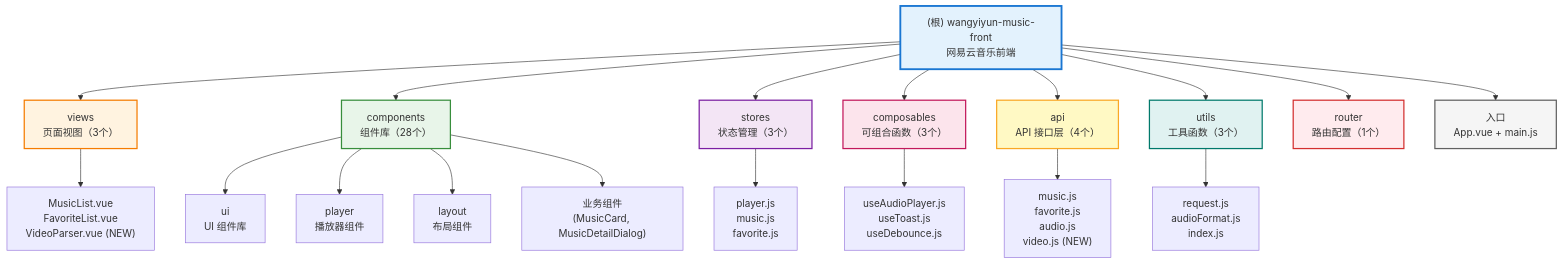
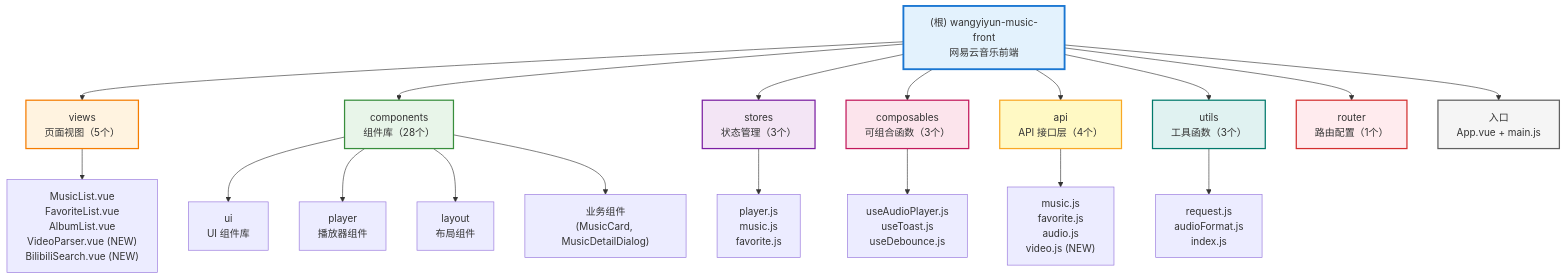
The first of 2 diagrams in CLAUDE.md (naruto055/wangyiyun-music-front), drawn with Mermaid before and after one commit. The commit also changed other lines of this file and 6 other files, not shown here.

````diff
--- a/CLAUDE.md
+++ b/CLAUDE.md
@@ -54,44 +65,44 @@
 ```mermaid
 graph TD
     Root["(根) wangyiyun-music-front<br/>网易云音乐前端"]
 
-    Root --> Views["views<br/>页面视图（3个）"]
+    Root --> Views["views<br/>页面视图（5个）"]
     Root --> Components["components<br/>组件库（28个）"]
     Root --> Stores["stores<br/>状态管理（3个）"]
     Root --> Composables["composables<br/>可组合函数（3个）"]
     Root --> API["api<br/>API 接口层（4个）"]
     Root --> Utils["utils<br/>工具函数（3个）"]
     Root --> Router["router<br/>路由配置（1个）"]
     Root --> Entry["入口<br/>App.vue + main.js"]
 
-    Views --> ViewsModules["MusicList.vue<br/>FavoriteList.vue<br/>VideoParser.vue (NEW)"]
+    Views --> ViewsModules["MusicList.vue<br/>FavoriteList.vue<br/>AlbumList.vue<br/>VideoParser.vue (NEW)<br/>BilibiliSearch.vue (NEW)"]
 
     Components --> UI["ui<br/>UI 组件库"]
     Components --> Player["player<br/>播放器组件"]
     Components --> Layout["layout<br/>布局组件"]
     Components --> Business["业务组件<br/>(MusicCard, MusicDetailDialog)"]
 
     Stores --> StoresModules["player.js<br/>music.js<br/>favorite.js"]
 
     Composables --> ComposablesModules["useAudioPlayer.js<br/>useToast.js<br/>useDebounce.js"]
 
     API --> APIModules["music.js<br/>favorite.js<br/>audio.js<br/>video.js (NEW)"]
 
     Utils --> UtilsModules["request.js<br/>audioFormat.js<br/>index.js"]
 
     click Views "#-功能模块" "查看页面视图"
-    click Components "#4-ui-组件库" "查看组件库"
-    click Stores "#-状态管理" "查看状态管理"
+    click Components "src/components/ui/CLAUDE.md" "查看组件库"
+    click Stores "src/stores/CLAUDE.md" "查看状态管理"
     click Composables "src/composables/CLAUDE.md" "查看可组合函数文档"
     click API "src/api/CLAUDE.md" "查看 API 文档"
 
     style Root fill:#e3f2fd,stroke:#1976d2,stroke-width:3px
     style Views fill:#fff3e0,stroke:#f57c00,stroke-width:2px
     style Components fill:#e8f5e9,stroke:#388e3c,stroke-width:2px
     style Stores fill:#f3e5f5,stroke:#7b1fa2,stroke-width:2px
     style Composables fill:#fce4ec,stroke:#c2185b,stroke-width:2px
     style API fill:#fff9c4,stroke:#f9a825,stroke-width:2px
     style Utils fill:#e0f2f1,stroke:#00796b,stroke-width:2px
     style Router fill:#ffebee,stroke:#d32f2f,stroke-width:2px
     style Entry fill:#f5f5f5,stroke:#616161,stroke-width:2px
 ```
````
